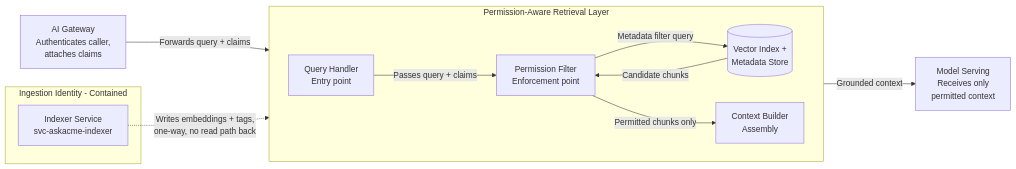
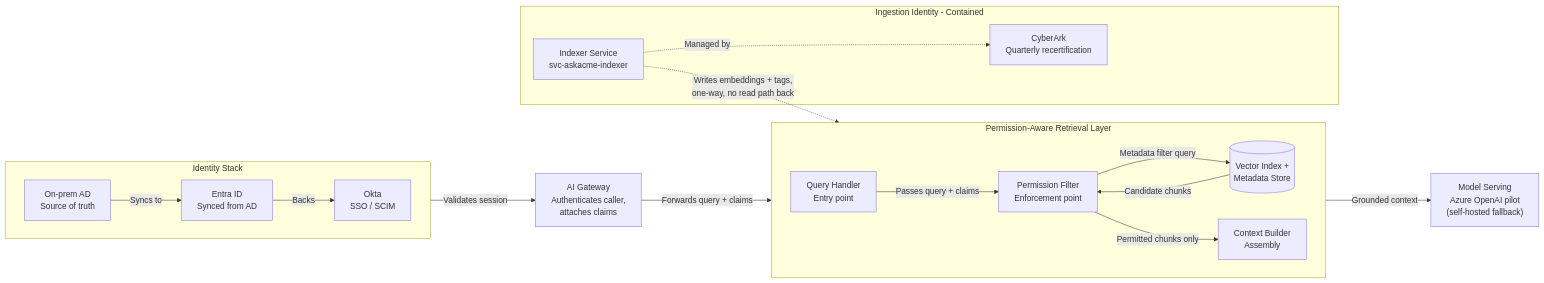
One commit to vahnessa710/askacme-adoption-proposal changed the diagram in AskACME_LLA_Specification.md. Above: the diagram before and after it, drawn with Mermaid. The commit also changed other lines of this file, not shown here.

Commit message:
Revise flowchart and clarify enforcement point
Updated flowchart to clarify identity flow and enforcement point.

````diff
--- a/AskACME_LLA_Specification.md
+++ b/AskACME_LLA_Specification.md
@@ -85,26 +85,38 @@
 ```mermaid
 flowchart LR
+    subgraph identity["Identity Stack"]
+        direction LR
+        ad["On-prem AD<br/>Source of truth"]
+        entra["Entra ID<br/>Synced from AD"]
+        okta["Okta<br/>SSO / SCIM"]
+        ad -->|Syncs to| entra
+        entra -->|Backs| okta
+    end
+
     gateway["AI Gateway<br/>Authenticates caller,<br/>attaches claims"]
-    model["Model Serving<br/>Receives only<br/>permitted context"]
+    model["Model Serving<br/>Azure OpenAI pilot<br/>(self-hosted fallback)"]
 
     subgraph retrieval["Permission-Aware Retrieval Layer"]
         direction LR
         query_handler["Query Handler<br/>Entry point"]
         permission_filter["Permission Filter<br/>Enforcement point"]
         vector_index[("Vector Index +<br/>Metadata Store")]
         context_builder["Context Builder<br/>Assembly"]
 
         query_handler -->|Passes query + claims| permission_filter
         permission_filter -->|Metadata filter query| vector_index
         vector_index -->|Candidate chunks| permission_filter
         permission_filter -->|Permitted chunks only| context_builder
     end
 
     subgraph indexer_zone["Ingestion Identity - Contained"]
         indexer_svc["Indexer Service<br/>svc-askacme-indexer"]
+        cyberark["CyberArk<br/>Quarterly recertification"]
+        indexer_svc -.->|Managed by| cyberark
     end
 
+    okta -->|Validates session| gateway
     gateway -->|Forwards query + claims| query_handler
     context_builder -->|Grounded context| model
     indexer_svc -.->|Writes embeddings + tags,<br/>one-way, no read path back| vector_index
 ```
````
